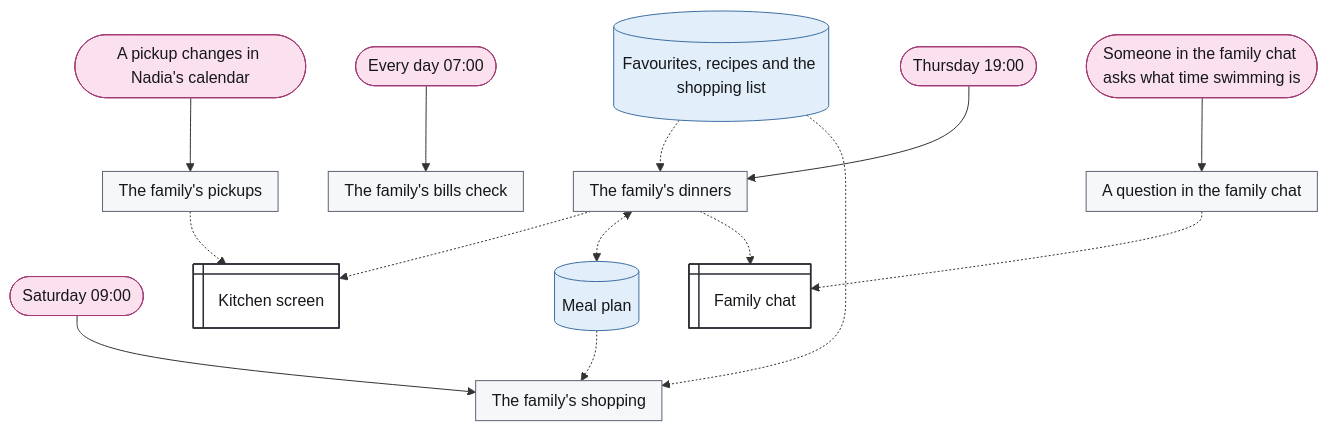
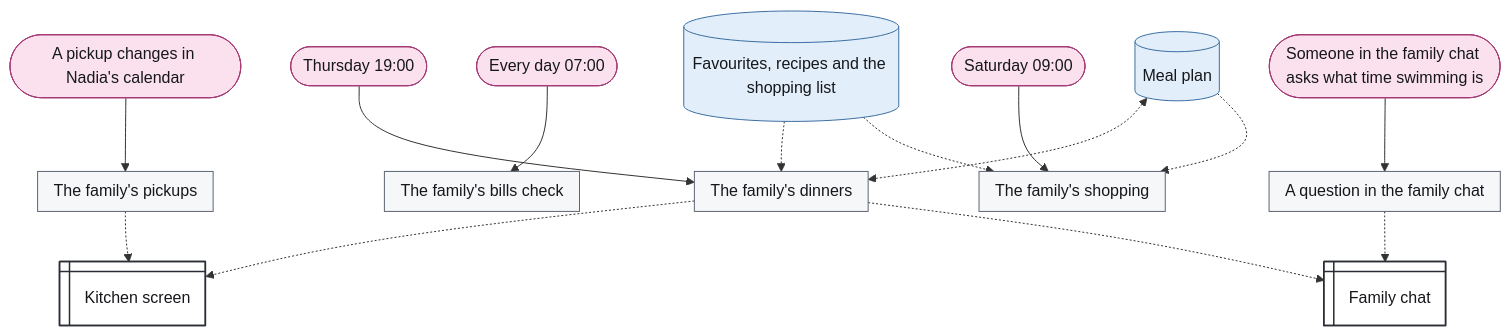
Before and after one commit to chrismdp/awml: the diagram in examples/family-map.mmd, drawn with Mermaid. The commit also changed 7 other files, not shown here.

```diff
--- a/examples/family-map.mmd
+++ b/examples/family-map.mmd
@@ -1,66 +1,66 @@
 ---
 config:
   theme: default
   fontFamily: Inter, sans-serif
   flowchart:
     useMaxWidth: false
     subGraphTitleMargin:
       top: 6
       bottom: 30
 ---
 flowchart TB
   w1_thu(["Thursday 19#58;00"])
   w2_sat(["Saturday 09#58;00"])
   w3_daily(["Every day 07#58;00"])
   w4_changed(["A pickup changes in Nadia#39;s calendar"])
   w5_ask(["Someone in the family chat asks what time swimming is"])
   s1@{ shape: win-pane, label: "Kitchen screen" }
   s2[("Favourites#44; recipes and the shopping list")]
   s3[("Meal plan")]
   s4@{ shape: win-pane, label: "Family chat" }
   subgraph w1["The family#39;s dinners"]
     direction TB
   end
   subgraph w2["The family#39;s shopping"]
     direction TB
   end
   subgraph w3["The family#39;s bills check"]
     direction TB
   end
   subgraph w4["The family#39;s pickups"]
     direction TB
   end
   subgraph w5["A question in the family chat"]
     direction TB
   end
 
   w1_thu --> w1
   w2_sat --> w2
   w3_daily --> w3
   w4_changed --> w4
   w5_ask --> w5
   w1 -.-> s1
   w4 -.-> s1
   s2 -.-> w1
   s2 -.-> w2
-  w1 <-.-> s3
+  s3 <-.-> w1
   s3 -.-> w2
   w1 -.-> s4
   w5 -.-> s4
   classDef trig fill:#fbe1ee,stroke:#a33a74,color:#16171b
   classDef ctx fill:#e2eef9,stroke:#3d6fa3,color:#16171b
   classDef con fill:#eceef2,stroke:#5d6472,color:#16171b
   classDef surf fill:#ffffff,stroke:#2a2d35,stroke-width:1.5px,color:#16171b
   classDef out fill:#fde4dc,stroke:#b5532f,color:#16171b
   classDef ai fill:#cdd3fb,stroke:#3b4bb0,color:#16171b
   classDef code fill:#c4e3d1,stroke:#2b7a4f,color:#16171b
   classDef person fill:#f7d79a,stroke:#9a6100,color:#16171b
   classDef gap fill:#ffffff,stroke:#8a93a3,stroke-dasharray:4 3,color:#6b7280
   class w1_thu,w2_sat,w3_daily,w4_changed,w5_ask trig
   class s2,s3 ctx
   class s1,s4 surf
   style w1 fill:#f6f7f9,stroke:#5d6472,color:#16171b
   style w2 fill:#f6f7f9,stroke:#5d6472,color:#16171b
   style w3 fill:#f6f7f9,stroke:#5d6472,color:#16171b
   style w4 fill:#f6f7f9,stroke:#5d6472,color:#16171b
   style w5 fill:#f6f7f9,stroke:#5d6472,color:#16171b
```
